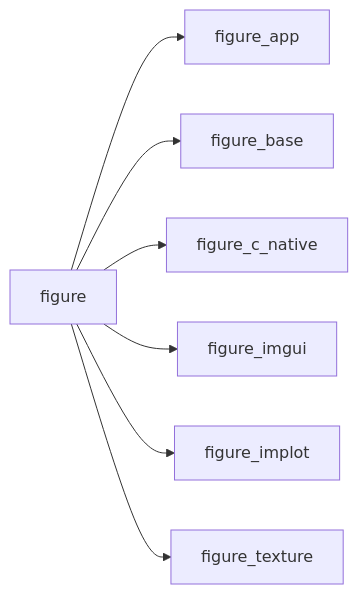
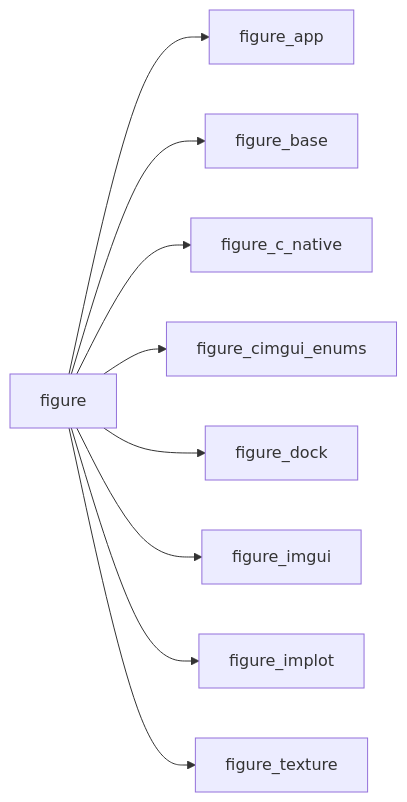
Before and after one commit to szaghi/figure: the diagram in docs/api/src/lib/figure.md, drawn with Mermaid. The commit also changed other lines of this file and 25 other files, not shown here.

````diff
--- a/docs/api/src/lib/figure.md
+++ b/docs/api/src/lib/figure.md
@@ -17,9 +17,11 @@
 ```mermaid
 graph LR
   figure["figure"] --> figure_app["figure_app"]
   figure["figure"] --> figure_base["figure_base"]
   figure["figure"] --> figure_c_native["figure_c_native"]
+  figure["figure"] --> figure_cimgui_enums["figure_cimgui_enums"]
+  figure["figure"] --> figure_dock["figure_dock"]
   figure["figure"] --> figure_imgui["figure_imgui"]
   figure["figure"] --> figure_implot["figure_implot"]
   figure["figure"] --> figure_texture["figure_texture"]
 ```
````
